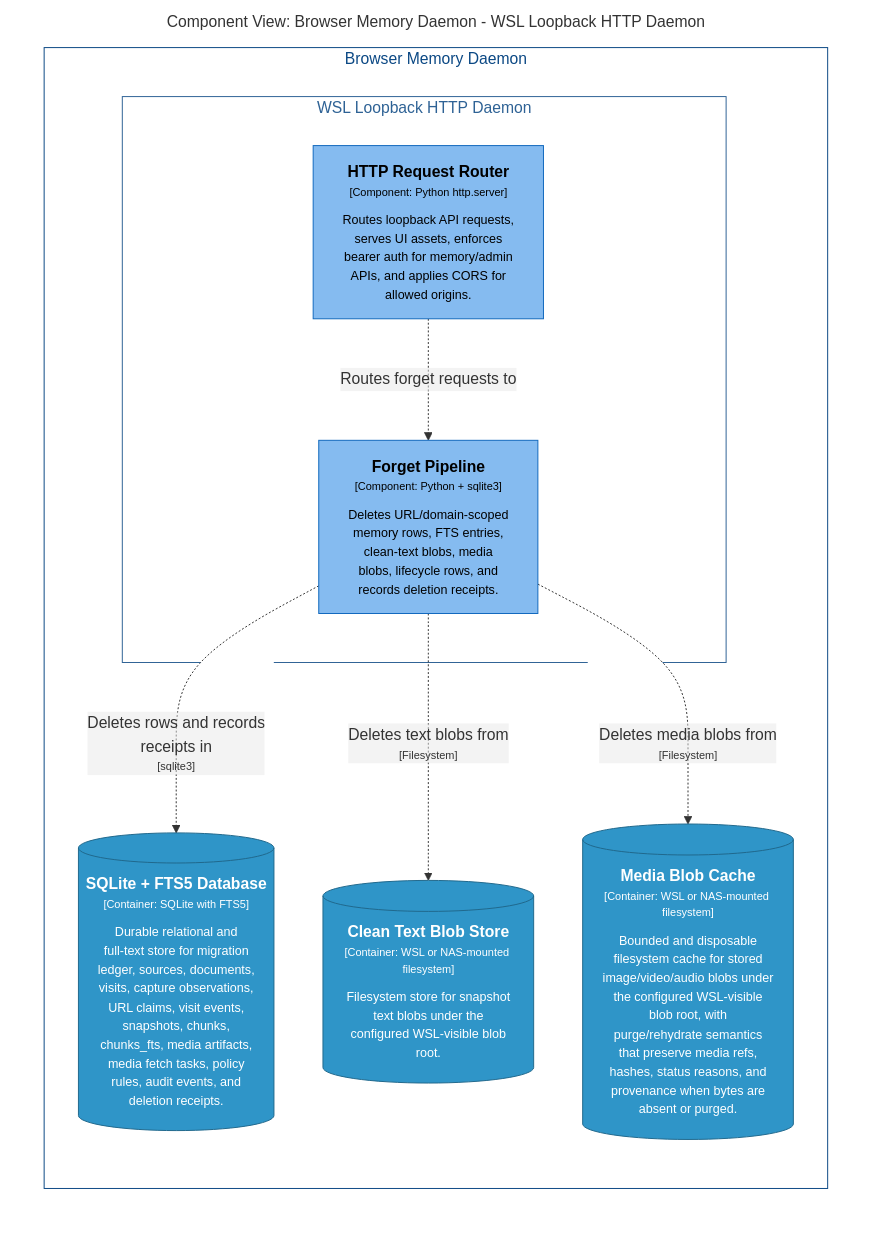
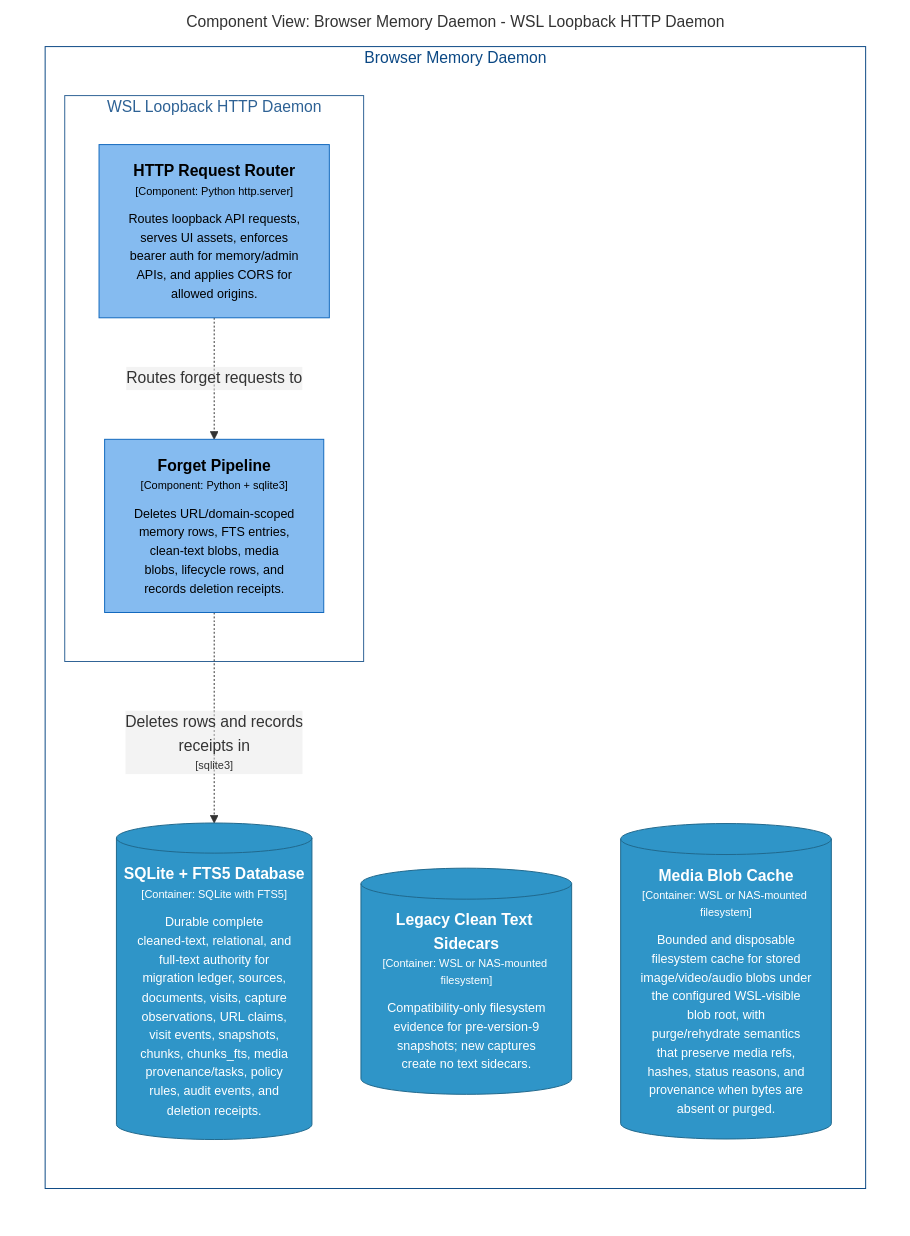
Before and after one commit to michaelnicks0/browser-memory-daemon: the diagram in docs/architecture/diagrams/markdown/DaemonForgetComponents.md, drawn with Mermaid. The commit also changed 196 other files, not shown here.

Commit message:
feat(storage): make SQLite authoritative for snapshot text

````diff
--- a/docs/architecture/diagrams/markdown/DaemonForgetComponents.md
+++ b/docs/architecture/diagrams/markdown/DaemonForgetComponents.md
@@ -16,34 +16,32 @@
 ```mermaid
 graph LR
   linkStyle default fill:#ffffff
 
   subgraph diagram ["Component View: Browser Memory Daemon - WSL Loopback HTTP Daemon"]
     style diagram fill:#ffffff,stroke:#ffffff
 
     subgraph 4 ["Browser Memory Daemon"]
       style 4 fill:#ffffff,stroke:#0b4884,color:#0b4884
 
       subgraph 14 ["WSL Loopback HTTP Daemon"]
         style 14 fill:#ffffff,stroke:#2e6295,color:#2e6295
 
         15["<div style='font-weight: bold'>HTTP Request Router</div><div style='font-size: 70%; margin-top: 0px'>[Component: Python http.server]</div><div style='font-size: 80%; margin-top:10px'>Routes loopback API requests,<br />serves UI assets, enforces<br />bearer auth for memory/admin<br />APIs, and applies CORS for<br />allowed origins.</div>"]
         style 15 fill:#85bbf0,stroke:#1168bd,color:#000000
-        23["<div style='font-weight: bold'>Forget Pipeline</div><div style='font-size: 70%; margin-top: 0px'>[Component: Python + sqlite3]</div><div style='font-size: 80%; margin-top:10px'>Deletes URL/domain-scoped<br />memory rows, FTS entries,<br />clean-text blobs, media<br />blobs, lifecycle rows, and<br />records deletion receipts.</div>"]
-        style 23 fill:#85bbf0,stroke:#1168bd,color:#000000
+        24["<div style='font-weight: bold'>Forget Pipeline</div><div style='font-size: 70%; margin-top: 0px'>[Component: Python + sqlite3]</div><div style='font-size: 80%; margin-top:10px'>Deletes URL/domain-scoped<br />memory rows, FTS entries,<br />clean-text blobs, media<br />blobs, lifecycle rows, and<br />records deletion receipts.</div>"]
+        style 24 fill:#85bbf0,stroke:#1168bd,color:#000000
       end
 
-      28[("<div style='font-weight: bold'>SQLite + FTS5 Database</div><div style='font-size: 70%; margin-top: 0px'>[Container: SQLite with FTS5]</div><div style='font-size: 80%; margin-top:10px'>Durable relational and<br />full-text store for migration<br />ledger, sources, documents,<br />visits, capture observations,<br />URL claims, visit events,<br />snapshots, chunks,<br />chunks_fts, media artifacts,<br />media fetch tasks, policy<br />rules, audit events, and<br />deletion receipts.</div>")]
-      style 28 fill:#2f95c8,stroke:#20688c,color:#ffffff
-      29[("<div style='font-weight: bold'>Clean Text Blob Store</div><div style='font-size: 70%; margin-top: 0px'>[Container: WSL or NAS-mounted filesystem]</div><div style='font-size: 80%; margin-top:10px'>Filesystem store for snapshot<br />text blobs under the<br />configured WSL-visible blob<br />root.</div>")]
+      29[("<div style='font-weight: bold'>SQLite + FTS5 Database</div><div style='font-size: 70%; margin-top: 0px'>[Container: SQLite with FTS5]</div><div style='font-size: 80%; margin-top:10px'>Durable complete<br />cleaned-text, relational, and<br />full-text authority for<br />migration ledger, sources,<br />documents, visits, capture<br />observations, URL claims,<br />visit events, snapshots,<br />chunks, chunks_fts, media<br />provenance/tasks, policy<br />rules, audit events, and<br />deletion receipts.</div>")]
       style 29 fill:#2f95c8,stroke:#20688c,color:#ffffff
-      30[("<div style='font-weight: bold'>Media Blob Cache</div><div style='font-size: 70%; margin-top: 0px'>[Container: WSL or NAS-mounted filesystem]</div><div style='font-size: 80%; margin-top:10px'>Bounded and disposable<br />filesystem cache for stored<br />image/video/audio blobs under<br />the configured WSL-visible<br />blob root, with<br />purge/rehydrate semantics<br />that preserve media refs,<br />hashes, status reasons, and<br />provenance when bytes are<br />absent or purged.</div>")]
+      30[("<div style='font-weight: bold'>Legacy Clean Text Sidecars</div><div style='font-size: 70%; margin-top: 0px'>[Container: WSL or NAS-mounted filesystem]</div><div style='font-size: 80%; margin-top:10px'>Compatibility-only filesystem<br />evidence for pre-version-9<br />snapshots; new captures<br />create no text sidecars.</div>")]
       style 30 fill:#2f95c8,stroke:#20688c,color:#ffffff
+      31[("<div style='font-weight: bold'>Media Blob Cache</div><div style='font-size: 70%; margin-top: 0px'>[Container: WSL or NAS-mounted filesystem]</div><div style='font-size: 80%; margin-top:10px'>Bounded and disposable<br />filesystem cache for stored<br />image/video/audio blobs under<br />the configured WSL-visible<br />blob root, with<br />purge/rehydrate semantics<br />that preserve media refs,<br />hashes, status reasons, and<br />provenance when bytes are<br />absent or purged.</div>")]
+      style 31 fill:#2f95c8,stroke:#20688c,color:#ffffff
     end
 
-    15-. "<div>Routes forget requests to</div><div style='font-size: 70%'></div>" .->23
-    23-. "<div>Deletes rows and records<br />receipts in</div><div style='font-size: 70%'>[sqlite3]</div>" .->28
-    23-. "<div>Deletes text blobs from</div><div style='font-size: 70%'>[Filesystem]</div>" .->29
-    23-. "<div>Deletes media blobs from</div><div style='font-size: 70%'>[Filesystem]</div>" .->30
+    15-. "<div>Routes forget requests to</div><div style='font-size: 70%'></div>" .->24
+    24-. "<div>Deletes rows and records<br />receipts in</div><div style='font-size: 70%'>[sqlite3]</div>" .->29
 
   end
 ```
````
